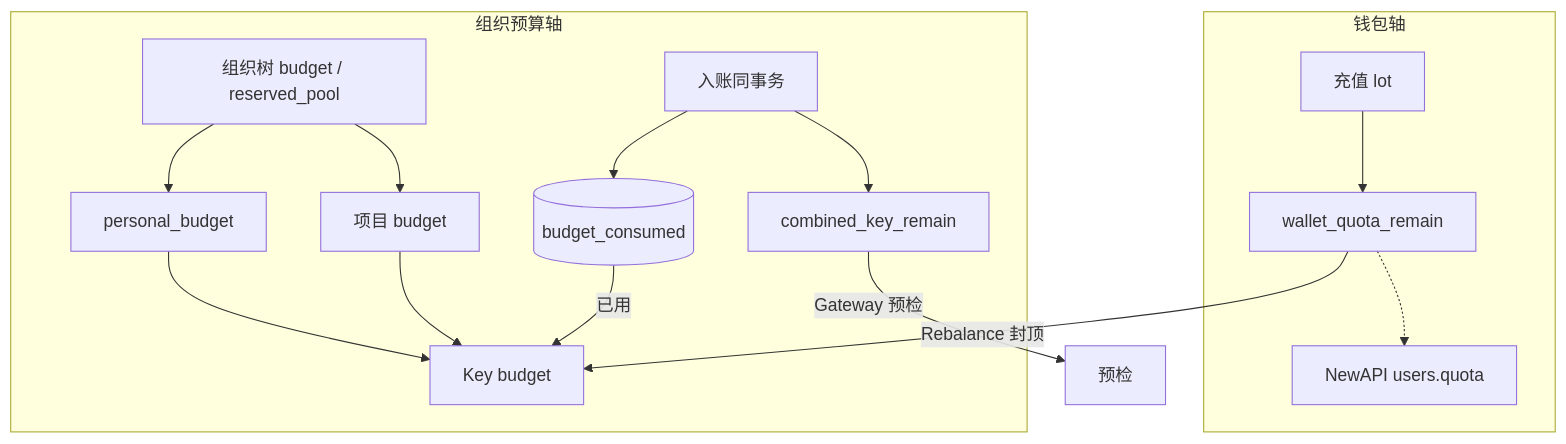
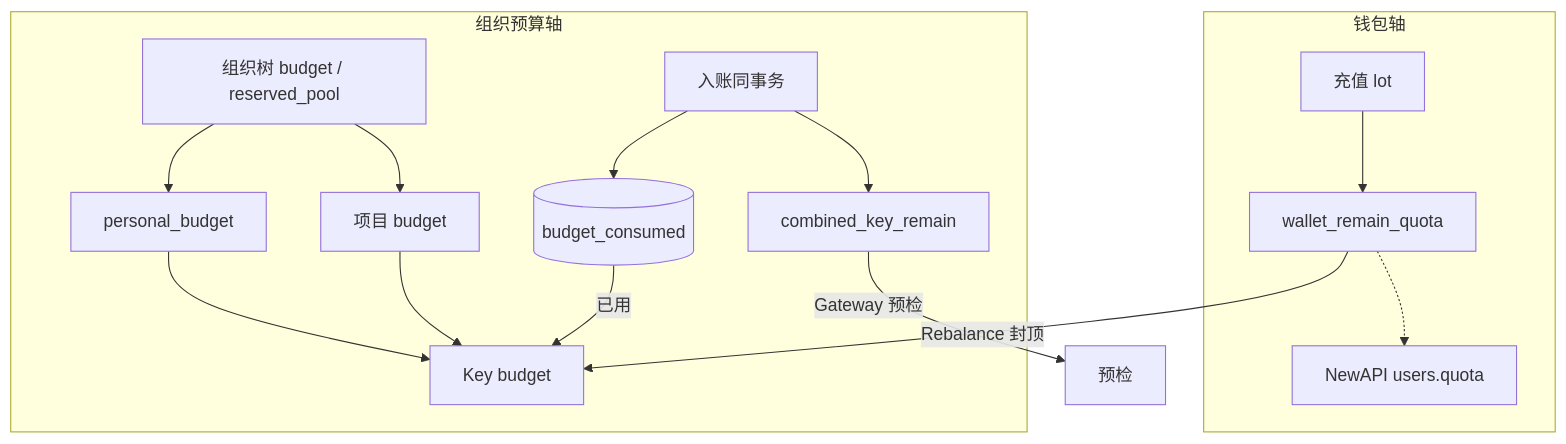
One commit to quyip8818/mytokenjoy changed the second of 10 diagrams in docs/Backend-预算.md. Above: the diagram before and after it, drawn with Mermaid. The commit also changed other lines of this file and 49 other files, not shown here.

Commit message:
rename wallet_remain

````diff
--- a/docs/Backend-预算.md
+++ b/docs/Backend-预算.md
@@ -64,21 +64,21 @@
 ```mermaid
 flowchart TB
   subgraph wallet [钱包轴]
-    LOT[充值 lot] --> BAL[wallet_quota_remain]
+    LOT[充值 lot] --> BAL[wallet_remain_quota]
     BAL -.-> NA_W[NewAPI users.quota]
   end
 
   subgraph org [组织预算轴]
     TREE[组织树 budget / reserved_pool]
     TREE --> MEM[personal_budget]
     TREE --> BG[项目 budget]
     MEM & BG --> PK[Key budget]
     SNAP[(budget_consumed)]
     ING[入账同事务] --> SNAP
     ING --> CK[combined_key_remain]
   end
 
   BAL -->|Rebalance 封顶| PK
   SNAP -->|已用| PK
   CK -->|Gateway 预检| GW[预检]
 ```
````
